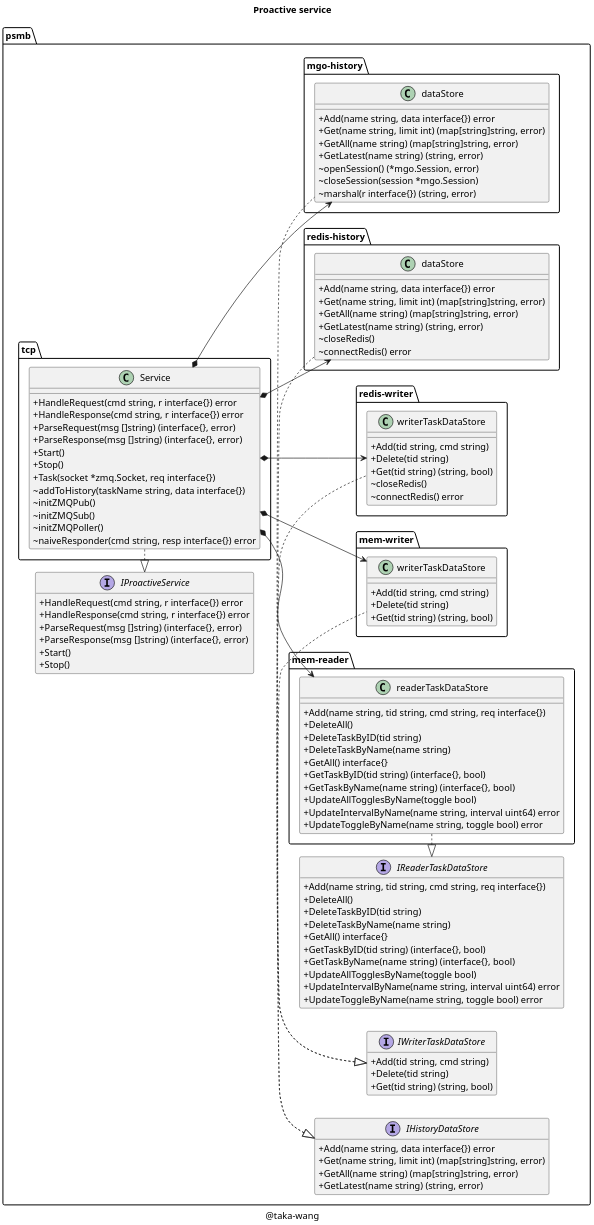
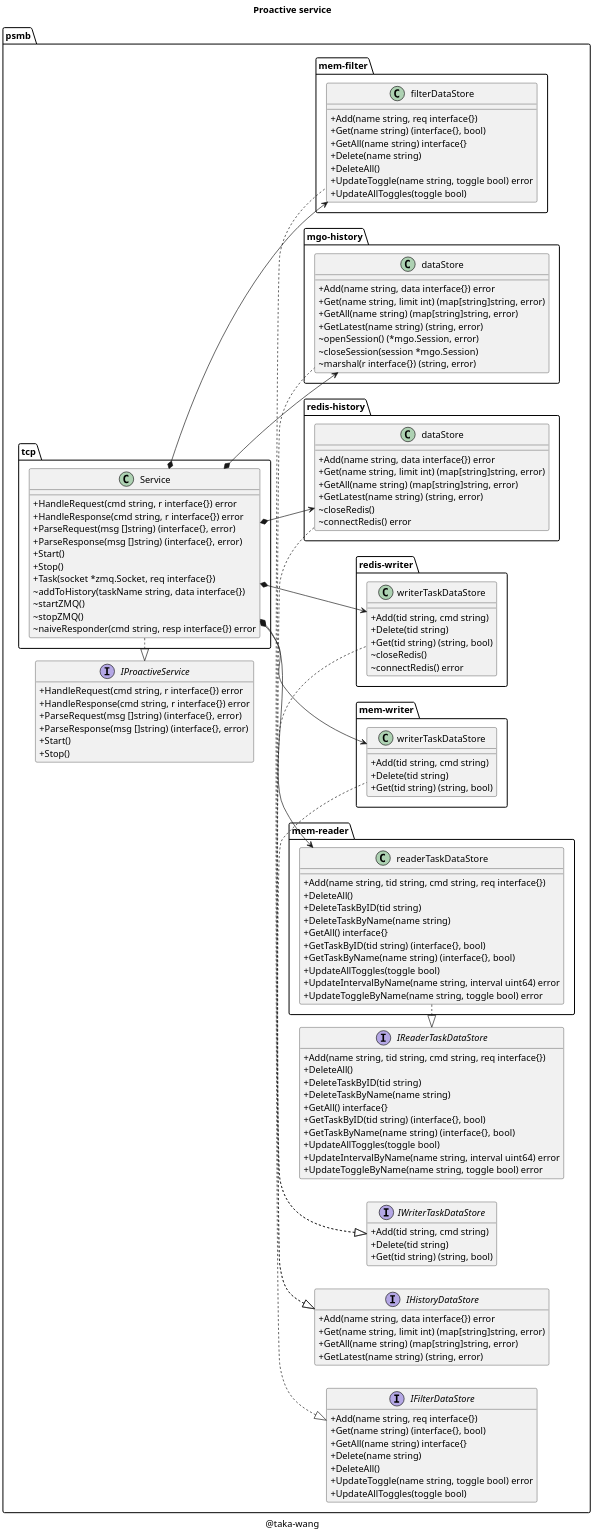
The diagram in class/psmb.puml (taka-wang/puml), drawn with PlantUML before and after one commit. The commit also changed 3 other files, not shown here.

Commit message:
update uml

```diff
--- a/class/psmb.puml
+++ b/class/psmb.puml
@@ -1,134 +1,155 @@
 @startuml
 
 set namespaceSeparator /
 scale 1920 width
 
 title Proactive service
 
 skinparam classAttributeIconSize 0
 
 ' implemented
 "psmb/IReaderTaskDataStore" <|. "psmb/mem-reader/readerTaskDataStore"
 "psmb/IWriterTaskDataStore" <|. "psmb/mem-writer/writerTaskDataStore"
 "psmb/IWriterTaskDataStore" <|. "psmb/redis-writer/writerTaskDataStore"
 "psmb/IHistoryDataStore" <|. "psmb/redis-history/dataStore"
 "psmb/IHistoryDataStore" <|. "psmb/mgo-history/dataStore"
 "psmb/IProactiveService" <|. "psmb/tcp/Service"
+"psmb/IFilterDataStore" <|. "psmb/mem-filter/filterDataStore"
 
 ' composition
 "psmb/tcp/Service"  *-->  "psmb/mem-writer/writerTaskDataStore"
 "psmb/tcp/Service"  *-->  "psmb/redis-writer/writerTaskDataStore"
 "psmb/tcp/Service"  *-->  "psmb/redis-history/dataStore"
 "psmb/tcp/Service"  *-->  "psmb/mgo-history/dataStore"
 "psmb/tcp/Service"  *-->  "psmb/mem-reader/readerTaskDataStore"
+"psmb/tcp/Service"  *-->  "psmb/mem-filter/filterDataStore"
 
 class psmb/redis-writer/writerTaskDataStore {
     +Add(tid string, cmd string)
     +Delete(tid string)
     +Get(tid string) (string, bool)
     ~closeRedis()
     ~connectRedis() error
 }
 
 class psmb/mem-writer/writerTaskDataStore {
     +Add(tid string, cmd string)
     +Delete(tid string)
     +Get(tid string) (string, bool)
 }
 
 class psmb/mem-reader/readerTaskDataStore {
     +Add(name string, tid string, cmd string, req interface{})
     +DeleteAll()
     +DeleteTaskByID(tid string)
     +DeleteTaskByName(name string)
     +GetAll() interface{}
     +GetTaskByID(tid string) (interface{}, bool)
     +GetTaskByName(name string) (interface{}, bool)
-    +UpdateAllTogglesByName(toggle bool)
+    +UpdateAllToggles(toggle bool)
     +UpdateIntervalByName(name string, interval uint64) error
     +UpdateToggleByName(name string, toggle bool) error
 }
 
 class psmb/redis-history/dataStore {
     +Add(name string, data interface{}) error
     +Get(name string, limit int) (map[string]string, error)
     +GetAll(name string) (map[string]string, error)
     +GetLatest(name string) (string, error)
     ~closeRedis()
     ~connectRedis() error
 }
 
 class psmb/mgo-history/dataStore {
     +Add(name string, data interface{}) error
     +Get(name string, limit int) (map[string]string, error)
     +GetAll(name string) (map[string]string, error)
     +GetLatest(name string) (string, error)
     ~openSession() (*mgo.Session, error)
     ~closeSession(session *mgo.Session)
     ~marshal(r interface{}) (string, error)
 }
 
 class psmb/tcp/Service {
     +HandleRequest(cmd string, r interface{}) error
     +HandleResponse(cmd string, r interface{}) error
     +ParseRequest(msg []string) (interface{}, error)
     +ParseResponse(msg []string) (interface{}, error)
     +Start()
     +Stop()
     +Task(socket *zmq.Socket, req interface{})
     ~addToHistory(taskName string, data interface{})
-    ~initZMQPub()
-    ~initZMQSub()
-    ~initZMQPoller()
+    ~startZMQ()
+    ~stopZMQ()
     ~naiveResponder(cmd string, resp interface{}) error
+}
+
+class psmb/mem-filter/filterDataStore {
+	+Add(name string, req interface{})
+	+Get(name string) (interface{}, bool)
+	+GetAll(name string) interface{}
+	+Delete(name string)
+	+DeleteAll()
+	+UpdateToggle(name string, toggle bool) error
+	+UpdateAllToggles(toggle bool)
 }
 
 interface psmb/IHistoryDataStore {
     +Add(name string, data interface{}) error
     +Get(name string, limit int) (map[string]string, error)
     +GetAll(name string) (map[string]string, error)
     +GetLatest(name string) (string, error)
 }
 
 interface psmb/IReaderTaskDataStore {
     +Add(name string, tid string, cmd string, req interface{})
     +DeleteAll()
     +DeleteTaskByID(tid string)
     +DeleteTaskByName(name string)
     +GetAll() interface{}
     +GetTaskByID(tid string) (interface{}, bool)
     +GetTaskByName(name string) (interface{}, bool)
-    +UpdateAllTogglesByName(toggle bool)
+    +UpdateAllToggles(toggle bool)
     +UpdateIntervalByName(name string, interval uint64) error
     +UpdateToggleByName(name string, toggle bool) error
+}
+
+interface psmb/IFilterDataStore {
+	+Add(name string, req interface{})
+	+Get(name string) (interface{}, bool)
+	+GetAll(name string) interface{}
+	+Delete(name string)
+	+DeleteAll()
+	+UpdateToggle(name string, toggle bool) error
+	+UpdateAllToggles(toggle bool)
 }
 
 interface psmb/IWriterTaskDataStore {
     +Add(tid string, cmd string)
     +Delete(tid string)
     +Get(tid string) (string, bool)
 }
 
 interface psmb/IProactiveService {
     +HandleRequest(cmd string, r interface{}) error
     +HandleResponse(cmd string, r interface{}) error
     +ParseRequest(msg []string) (interface{}, error)
     +ParseResponse(msg []string) (interface{}, error)
     +Start()
     +Stop()
 }
 
 /'
 note top of psmb/IProactiveService : Proactive service contracts
 note top of psmb/IWriterTaskDataStore : Writer datastore contracts
 note top of psmb/IReaderTaskDataStore : Reader datastore contracts
 note top of psmb/IHistoryDataStore : Historian datastore contracts
 '/
 
 left to right direction
 
 caption @taka-wang
 
 hide interface fields
 
 @enduml
```
